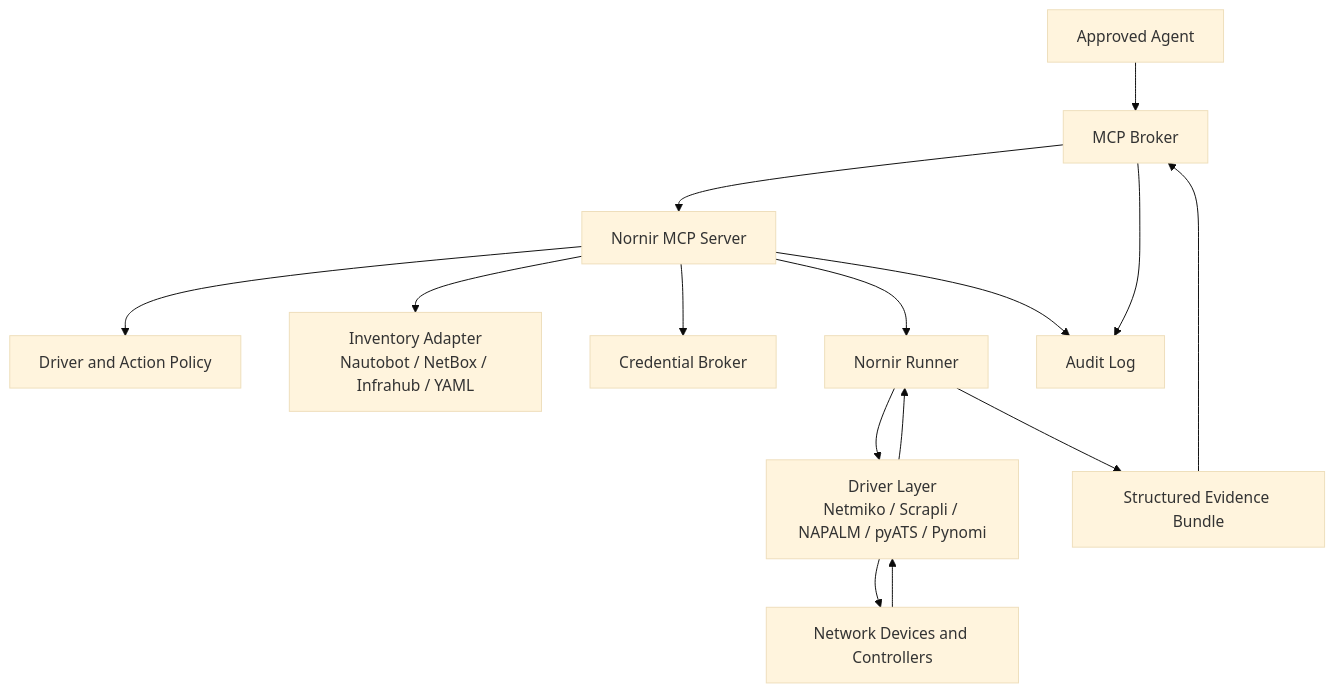
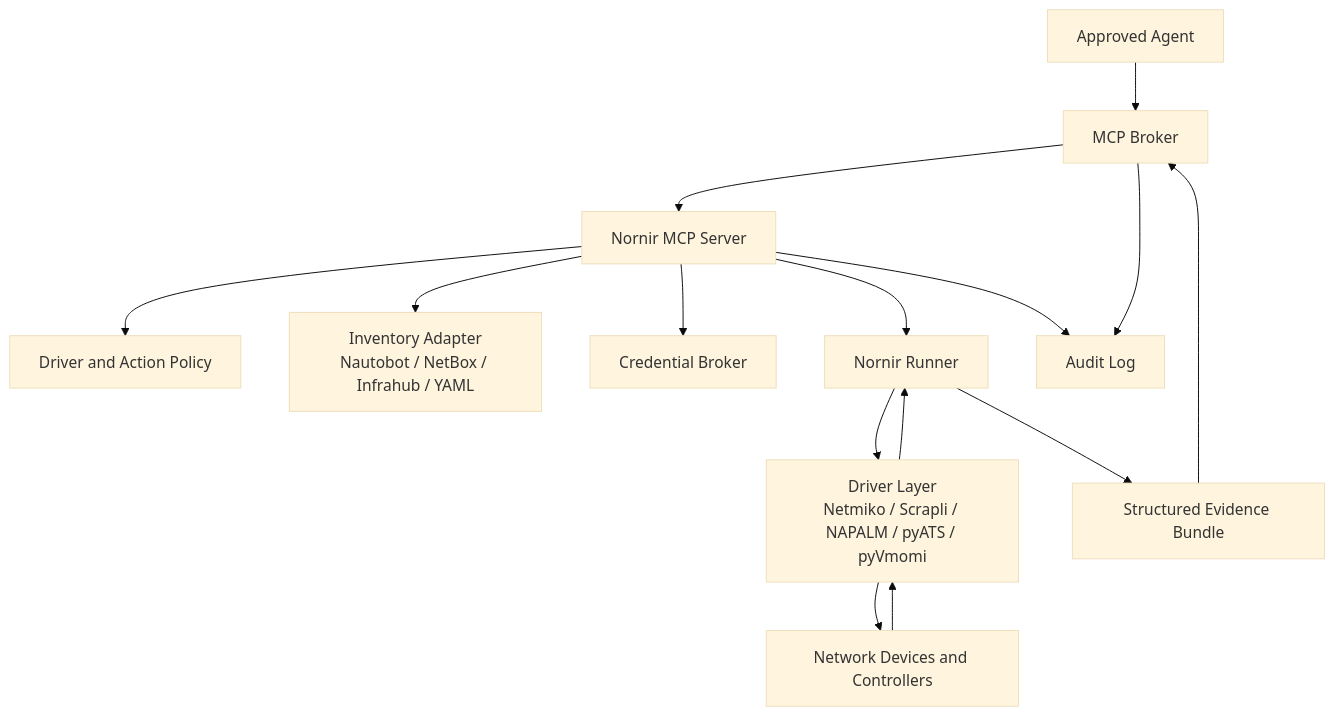
One commit to ColtMercer/the-agentic-network-platform changed the sixth of 12 diagrams in README.md. Above: the diagram before and after it, drawn with Mermaid (base theme). The commit also changed other lines of this file and 8 other files, not shown here.

````diff
--- a/README.md
+++ b/README.md
@@ -485,29 +496,29 @@
 ```mermaid
 flowchart TB
     agent[Approved Agent]
     broker[MCP Broker]
     nornir[Nornir MCP Server]
     policy[Driver and Action Policy]
     inventory[Inventory Adapter<br/>Nautobot / NetBox / Infrahub / YAML]
     secrets[Credential Broker]
     runner[Nornir Runner]
-    drivers[Driver Layer<br/>Netmiko / Scrapli / NAPALM / pyATS / Pynomi]
+    drivers[Driver Layer<br/>Netmiko / Scrapli / NAPALM / pyATS / pyVmomi]
     devices[Network Devices and Controllers]
     evidence[Structured Evidence Bundle]
     audit[Audit Log]
 
     agent --> broker
     broker --> nornir
     nornir --> policy
     nornir --> inventory
     nornir --> secrets
     nornir --> runner
     runner --> drivers
     drivers --> devices
     devices --> drivers
     drivers --> runner
     runner --> evidence
     evidence --> broker
     nornir --> audit
     broker --> audit
 ```
````
